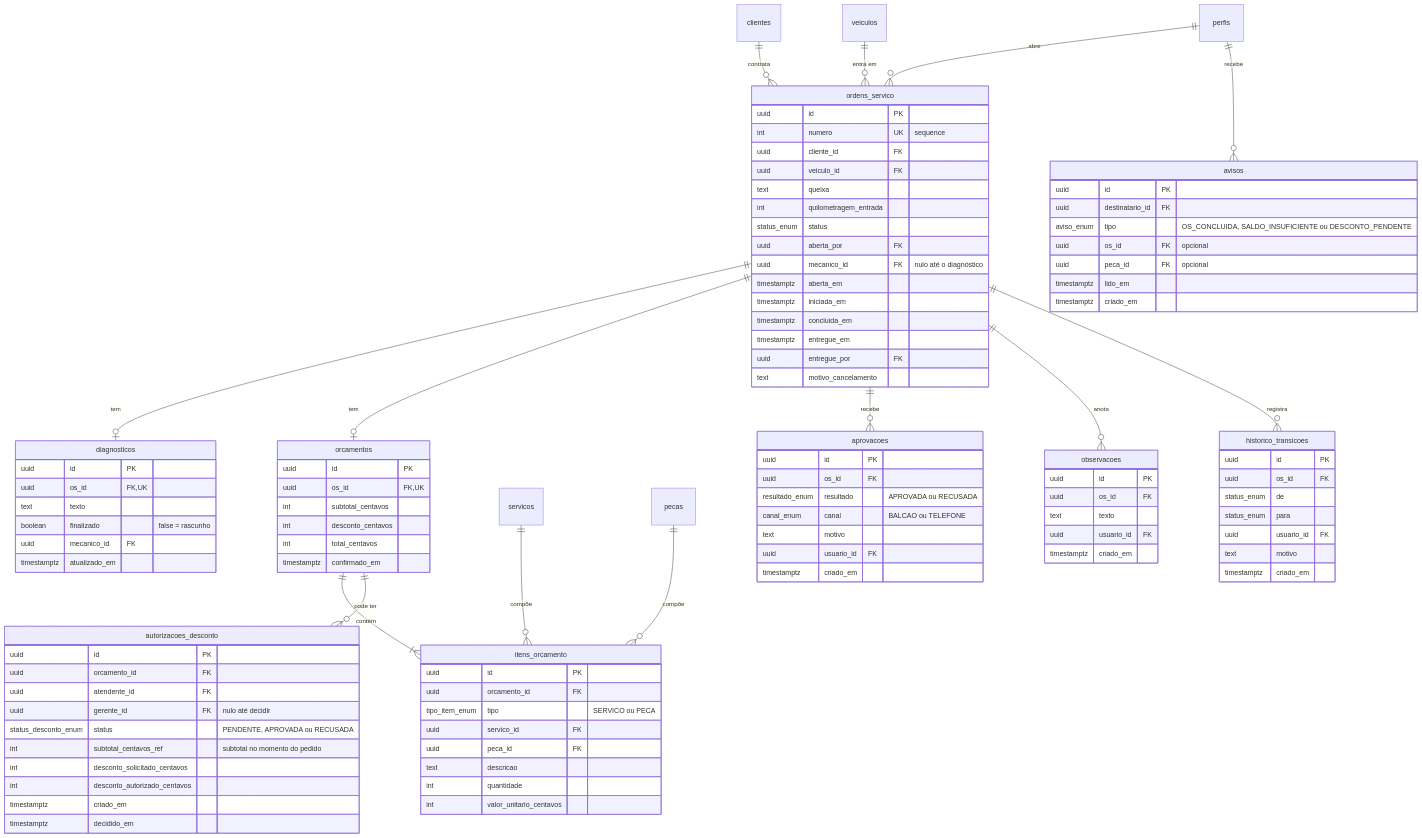
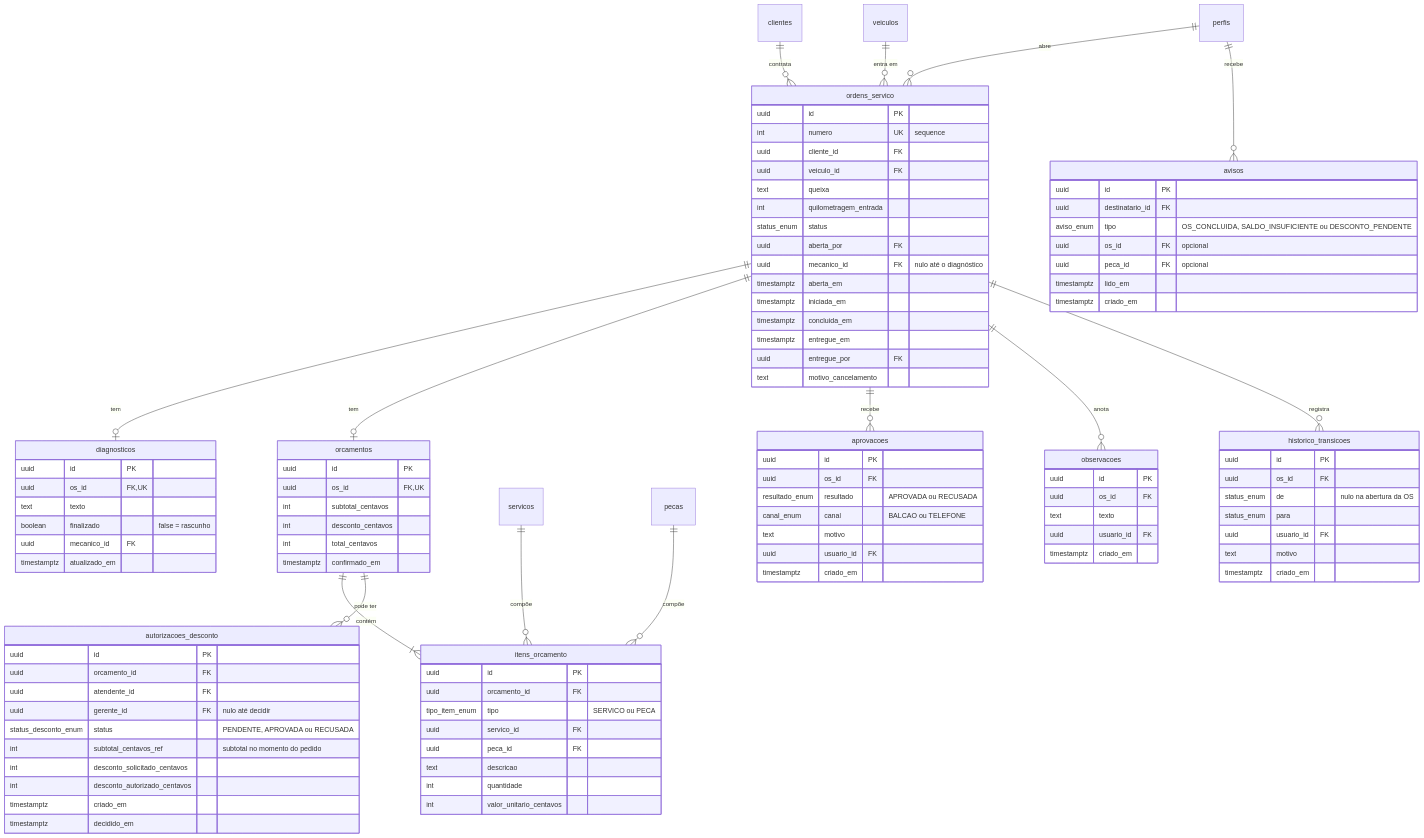
The second of 3 diagrams in OficinaFacilSecondBrain/arquitetura/Modelo de dados.md (eltobsjr/oficina-facil), drawn with Mermaid before and after one commit. The commit also changed 7 other files, not shown here.

```diff
--- a/OficinaFacilSecondBrain/arquitetura/Modelo de dados.md
+++ b/OficinaFacilSecondBrain/arquitetura/Modelo de dados.md
@@ -175,7 +175,7 @@
   historico_transicoes {
     uuid id PK
     uuid os_id FK
-    status_enum de
+    status_enum de "nulo na abertura da OS"
     status_enum para
     uuid usuario_id FK
     text motivo
```
